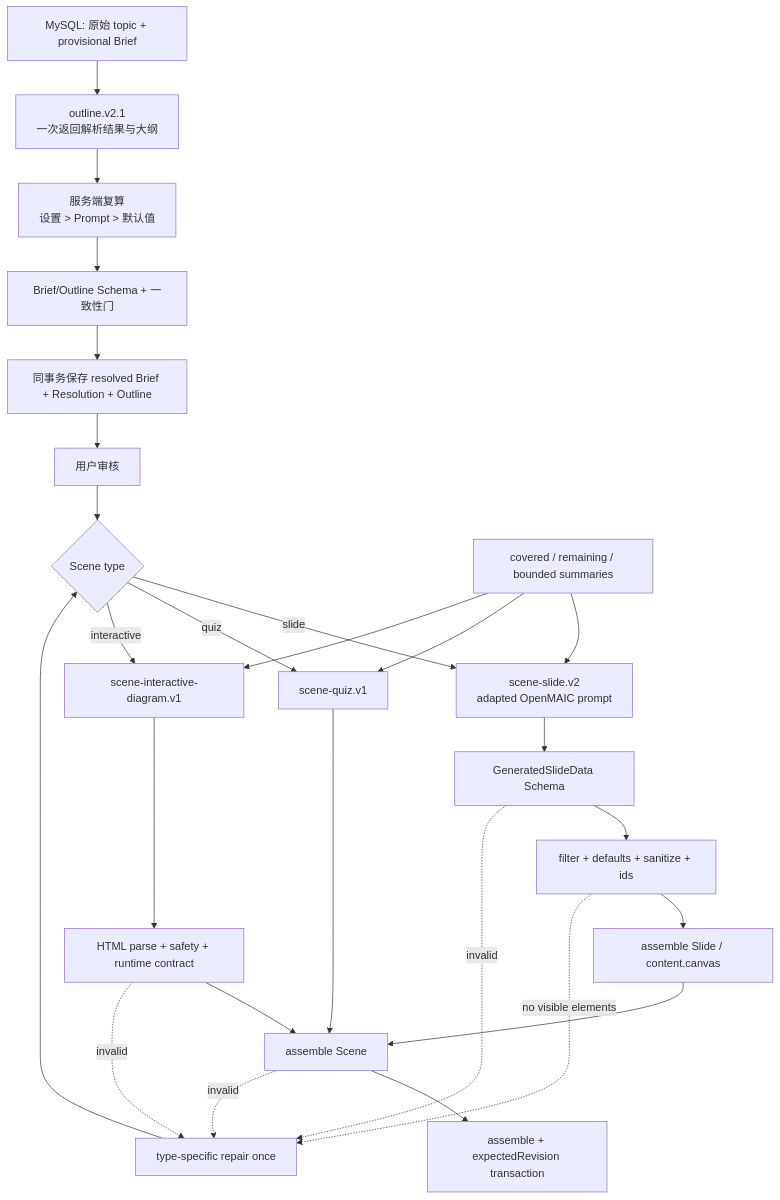
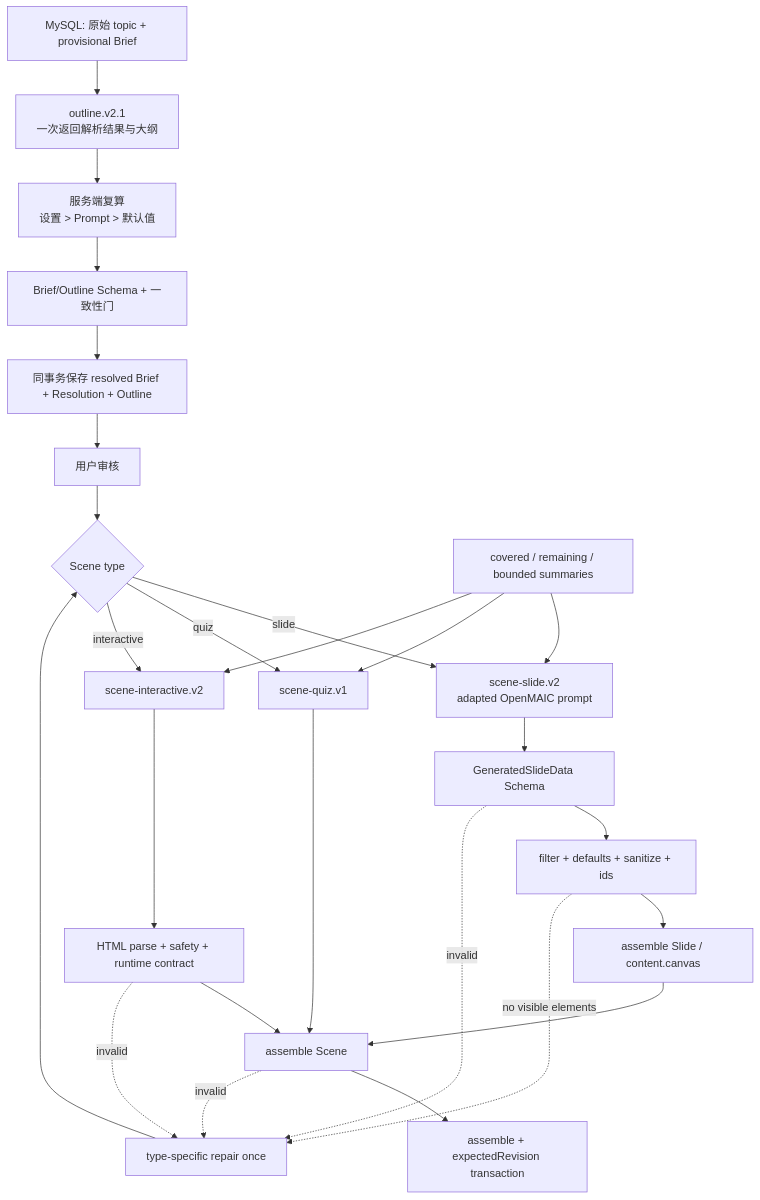
Before and after one commit to shuige666666/ai-teaching-assistance-platform: the second of 2 diagrams in docs/05-generation-pipeline.md, drawn with Mermaid. The commit also changed other lines of this file and 51 other files, not shown here.

````diff
--- a/docs/05-generation-pipeline.md
+++ b/docs/05-generation-pipeline.md
@@ -87,32 +87,32 @@
 ```mermaid
 flowchart TD
     Draft["MySQL: 原始 topic + provisional Brief"] --> OutlineV2["outline.v2.1<br/>一次返回解析结果与大纲"]
     OutlineV2 --> BriefResolver["服务端复算<br/>设置 > Prompt > 默认值"]
     BriefResolver --> OutlineGate["Brief/Outline Schema + 一致性门"]
     OutlineGate --> PersistOutline["同事务保存 resolved Brief + Resolution + Outline"]
     PersistOutline --> Review["用户审核"]
     Review --> Route{"Scene type"}
 
     Route -->|slide| SlideV2["scene-slide.v2<br/>adapted OpenMAIC prompt"]
     Route -->|quiz| QuizV1["scene-quiz.v1"]
-    Route -->|interactive| DiagramV1["scene-interactive-diagram.v1"]
+    Route -->|interactive| DiagramV1["scene-interactive.v2"]
 
     Memory["covered / remaining / bounded summaries"] --> SlideV2
     Memory --> QuizV1
     Memory --> DiagramV1
 
     SlideV2 --> SlideSchema["GeneratedSlideData Schema"]
     SlideSchema --> Normalize["filter + defaults + sanitize + ids"]
     Normalize --> BuildSlide["assemble Slide / content.canvas"]
     BuildSlide --> SceneGate["assemble Scene"]
     QuizV1 --> SceneGate
     DiagramV1 --> HtmlGate["HTML parse + safety + runtime contract"]
     HtmlGate --> SceneGate
     SceneGate --> Persist["assemble + expectedRevision transaction"]
 
     SlideSchema -.invalid.-> RepairOnce["type-specific repair once"]
     Normalize -.no visible elements.-> RepairOnce
     SceneGate -.invalid.-> RepairOnce
     HtmlGate -.invalid.-> RepairOnce
     RepairOnce --> Route
 ```
````
